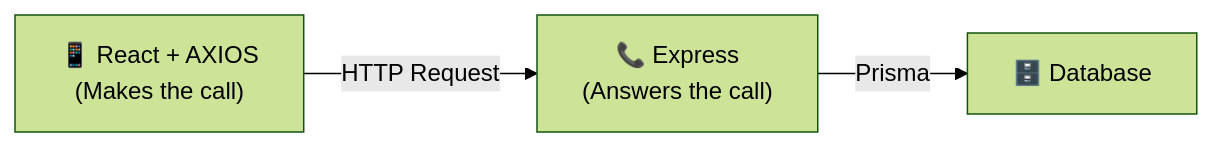
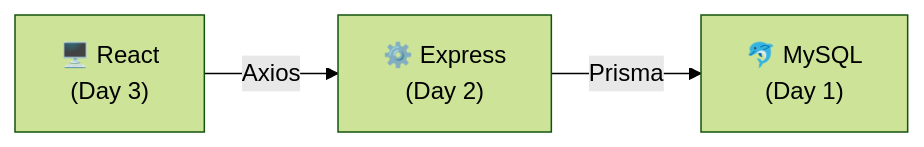
The tenth of 10 diagrams in frontend/README.md (Nimsika-Bosilu/designHer_2.0-Student-Attendance-Management-System), drawn with Mermaid (forest theme) before and after one commit. The commit also changed other lines of this file, not shown here.

````diff
--- a/frontend/README.md
+++ b/frontend/README.md
@@ -522,5 +820,5 @@
 ```mermaid
 flowchart LR
-    A["📱 React + AXIOS\n(Makes the call)"] -->|"HTTP Request"| B["📞 Express\n(Answers the call)"]
-    B -->|"Prisma"| C["🗄️ Database"]
+    A["🖥️ React\n(Day 3)"] -->|"Axios"| B["⚙️ Express\n(Day 2)"]
+    B -->|"Prisma"| C["🐬 MySQL\n(Day 1)"]
 ```
````
